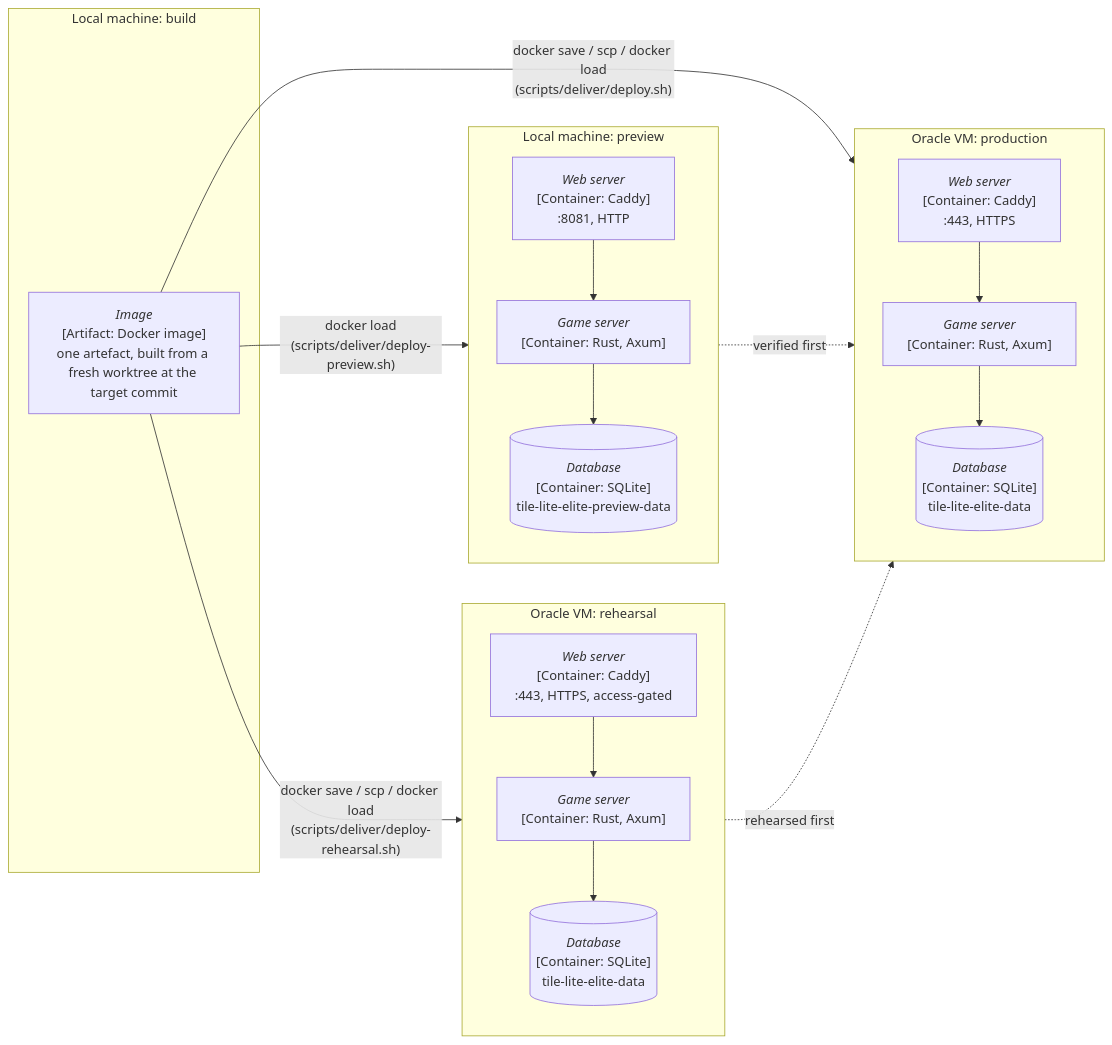
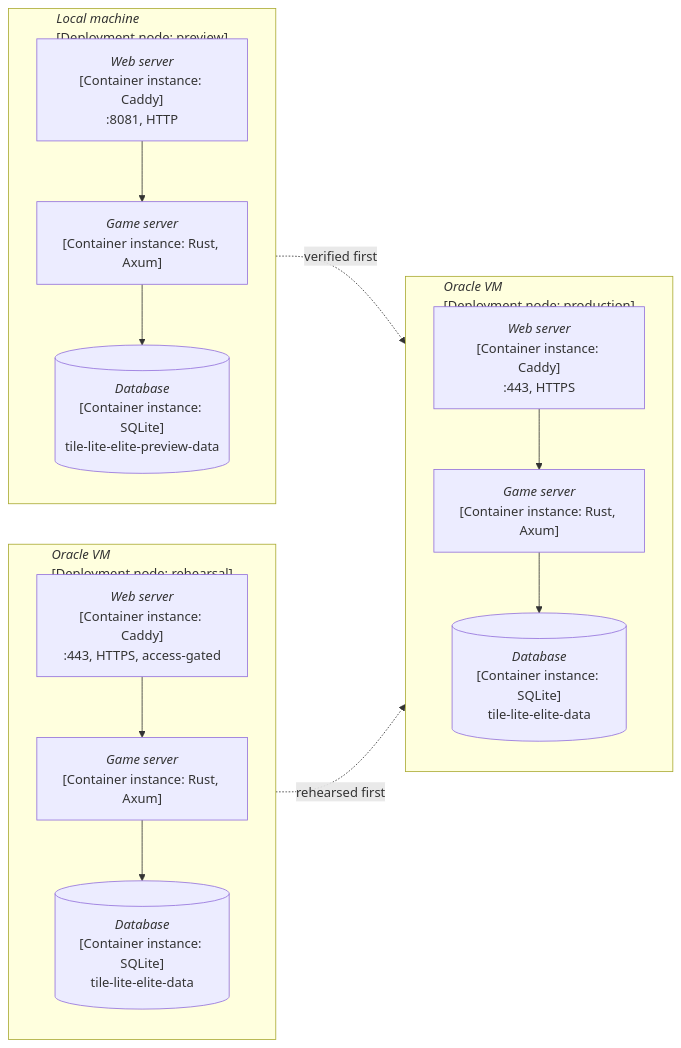
Before and after one commit to delphside/tile-lite-elite: the diagram in docs/4.1.1-architecture.md, drawn with Mermaid. The commit also changed other lines of this file and 8 other files, not shown here.

````diff
--- a/docs/4.1.1-architecture.md
+++ b/docs/4.1.1-architecture.md
@@ -20,27 +19,20 @@
 ```mermaid
 flowchart LR
-    subgraph BuildHost["Local machine: build"]
-        Image["<i>Image</i><br>[Artifact: Docker image]<br>one artefact, built from a fresh worktree at the target commit"]
+    subgraph PreviewEnv["<i>Local machine</i><br>[Deployment node: preview]"]
+        PreviewWeb["<i>Web server</i><br>[Container instance: Caddy]<br>:8081, HTTP"] --> PreviewServer["<i>Game server</i><br>[Container instance: Rust, Axum]"]
+        PreviewServer --> PreviewDB[("<i>Database</i><br>[Container instance: SQLite]<br>tile-lite-elite-preview-data")]
     end
 
-    subgraph PreviewEnv["Local machine: preview"]
-        PreviewWeb["<i>Web server</i><br>[Container: Caddy]<br>:8081, HTTP"] --> PreviewServer["<i>Game server</i><br>[Container: Rust, Axum]"]
-        PreviewServer --> PreviewDB[("<i>Database</i><br>[Container: SQLite]<br>tile-lite-elite-preview-data")]
+    subgraph RehearsalVM["<i>Oracle VM</i><br>[Deployment node: rehearsal]"]
+        RehWeb["<i>Web server</i><br>[Container instance: Caddy]<br>:443, HTTPS, access-gated"] --> RehServer["<i>Game server</i><br>[Container instance: Rust, Axum]"]
+        RehServer --> RehDB[("<i>Database</i><br>[Container instance: SQLite]<br>tile-lite-elite-data")]
     end
 
-    subgraph RehearsalVM["Oracle VM: rehearsal"]
-        RehWeb["<i>Web server</i><br>[Container: Caddy]<br>:443, HTTPS, access-gated"] --> RehServer["<i>Game server</i><br>[Container: Rust, Axum]"]
-        RehServer --> RehDB[("<i>Database</i><br>[Container: SQLite]<br>tile-lite-elite-data")]
+    subgraph ProdVM["<i>Oracle VM</i><br>[Deployment node: production]"]
+        ProdWeb["<i>Web server</i><br>[Container instance: Caddy]<br>:443, HTTPS"] --> ProdServer["<i>Game server</i><br>[Container instance: Rust, Axum]"]
+        ProdServer --> ProdDB[("<i>Database</i><br>[Container instance: SQLite]<br>tile-lite-elite-data")]
     end
 
-    subgraph ProdVM["Oracle VM: production"]
-        ProdWeb["<i>Web server</i><br>[Container: Caddy]<br>:443, HTTPS"] --> ProdServer["<i>Game server</i><br>[Container: Rust, Axum]"]
-        ProdServer --> ProdDB[("<i>Database</i><br>[Container: SQLite]<br>tile-lite-elite-data")]
-    end
-
-    Image -- "docker load<br>(scripts/deliver/deploy-preview.sh)" --> PreviewEnv
-    Image -- "docker save / scp / docker load<br>(scripts/deliver/deploy-rehearsal.sh)" --> RehearsalVM
-    Image -- "docker save / scp / docker load<br>(scripts/deliver/deploy.sh)" --> ProdVM
     PreviewEnv -. "verified first" .-> ProdVM
     RehearsalVM -. "rehearsed first" .-> ProdVM
 ```
````
